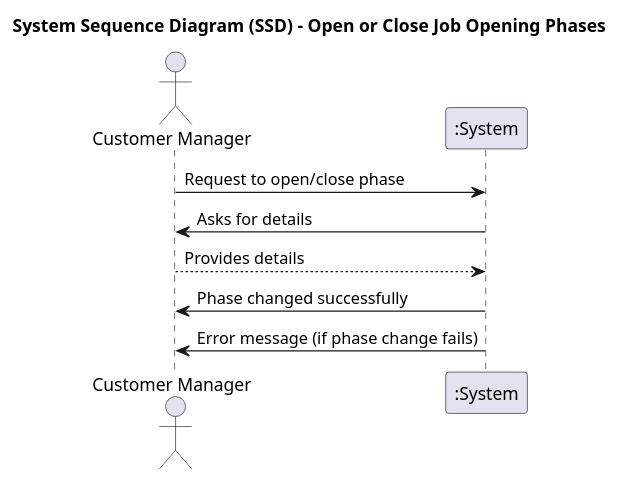
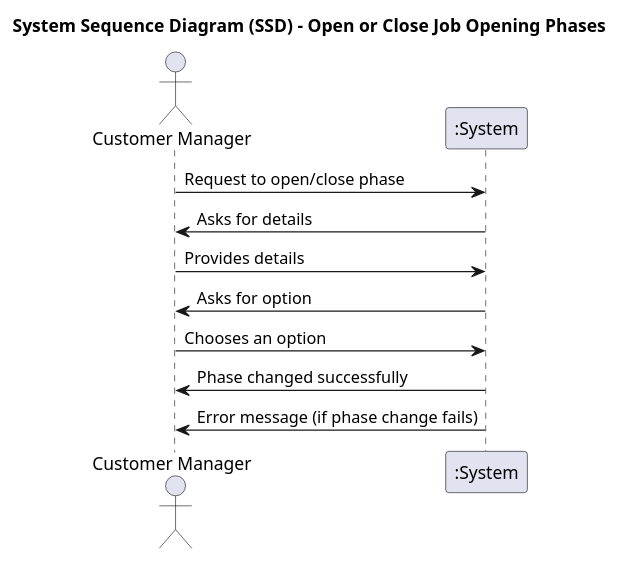
The diagram in docs/sprintC/US1010/01.requirements-engineering/puml/SSD.puml (Mendoncaa/LAPR4), drawn with PlantUML before and after one commit. The commit also changed 2 other files, not shown here.

```diff
--- a/docs/sprintC/US1010/01.requirements-engineering/puml/SSD.puml
+++ b/docs/sprintC/US1010/01.requirements-engineering/puml/SSD.puml
@@ -1,15 +1,19 @@
 @startuml
 
 title System Sequence Diagram (SSD) - Open or Close Job Opening Phases
 
 actor "Customer Manager" as CM
 participant ":System" as S
 
 CM -> S : Request to open/close phase
+
 S -> CM : Asks for details
-CM --> S : Provides details
+CM -> S : Provides details
+
+S -> CM : Asks for option
+CM -> S : Chooses an option
 
 S -> CM : Phase changed successfully
 S -> CM : Error message (if phase change fails)
 
 @enduml
```
